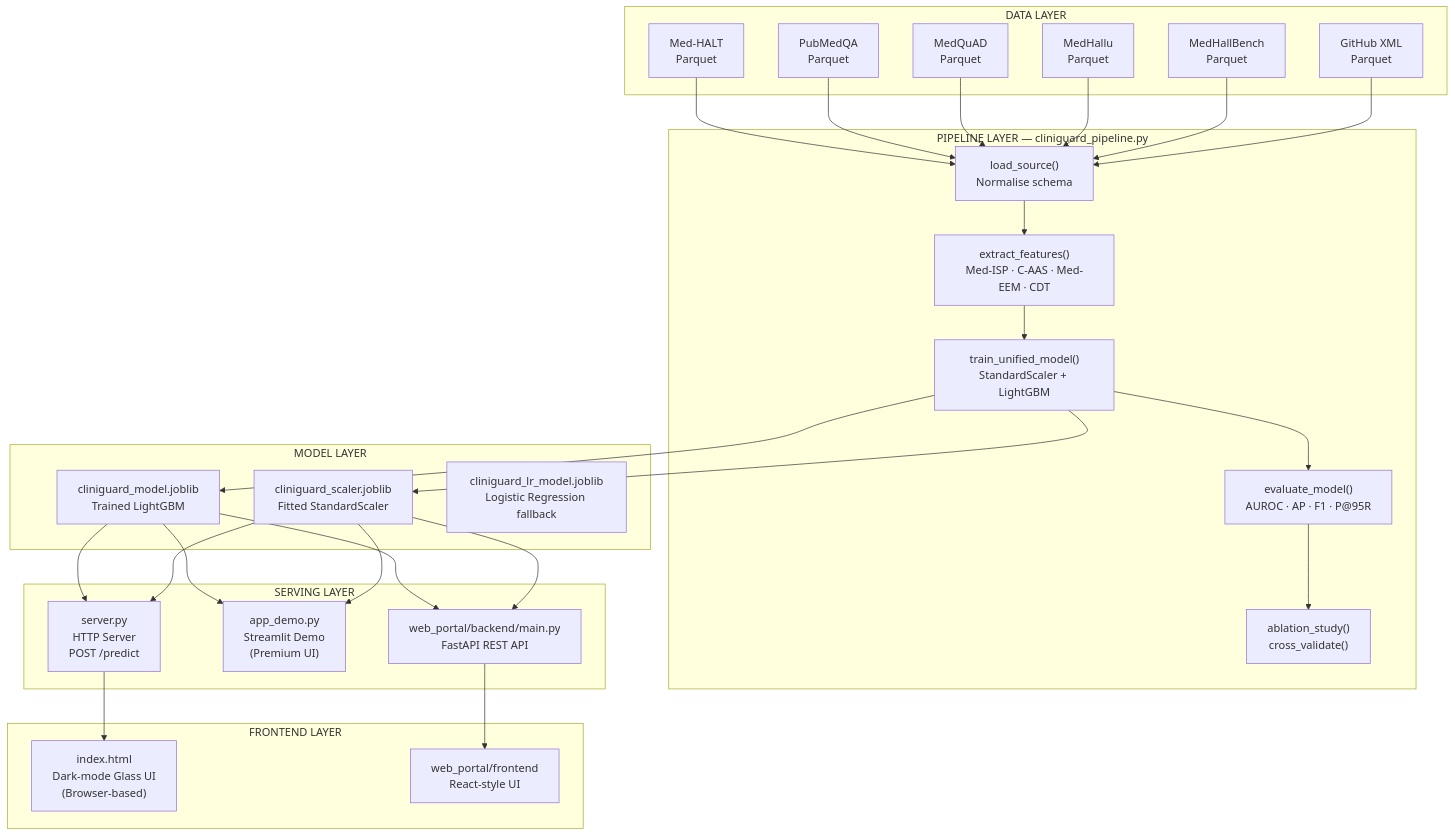
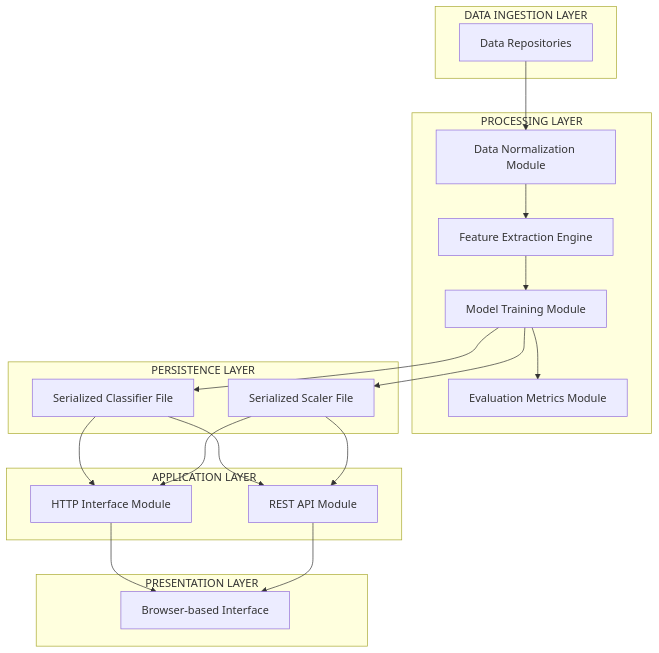
One commit to yogeshravi19/cliniguard changed diagram 13 of 19 in CLINIGUARD_Project_Documentation_Report.md. Above: the diagram before and after it, drawn with Mermaid. The commit also changed other lines of this file and 1 other file, not shown here.

````diff
--- a/CLINIGUARD_Project_Documentation_Report.md
+++ b/CLINIGUARD_Project_Documentation_Report.md
@@ -606,43 +574,33 @@
 ```mermaid
 flowchart TD
-    subgraph "DATA LAYER"
-        D1["Med-HALT\nParquet"]
-        D2["PubMedQA\nParquet"]
-        D3["MedQuAD\nParquet"]
-        D4["MedHallu\nParquet"]
-        D5["MedHallBench\nParquet"]
-        D6["GitHub XML\nParquet"]
+    subgraph "DATA INGESTION LAYER"
+        D1["Data Repositories"]
     end
 
-    subgraph "PIPELINE LAYER — cliniguard_pipeline.py"
-        P1["load_source()\nNormalise schema"]
-        P2["extract_features()\nMed-ISP · C-AAS · Med-EEM · CDT"]
-        P3["train_unified_model()\nStandardScaler + LightGBM"]
-        P4["evaluate_model()\nAUROC · AP · F1 · P@95R"]
-        P5["ablation_study()\ncross_validate()"]
+    subgraph "PROCESSING LAYER"
+        P1["Data Normalization Module"]
+        P2["Feature Extraction Engine"]
+        P3["Model Training Module"]
+        P4["Evaluation Metrics Module"]
     end
 
-    subgraph "MODEL LAYER"
-        M1["cliniguard_model.joblib\nTrained LightGBM"]
-        M2["cliniguard_scaler.joblib\nFitted StandardScaler"]
-        M3["cliniguard_lr_model.joblib\nLogistic Regression fallback"]
+    subgraph "PERSISTENCE LAYER"
+        M1["Serialized Classifier File"]
+        M2["Serialized Scaler File"]
     end
 
-    subgraph "SERVING LAYER"
-        SV1["server.py\nHTTP Server\nPOST /predict"]
-        SV2["app_demo.py\nStreamlit Demo\n(Premium UI)"]
-        SV3["web_portal/backend/main.py\nFastAPI REST API"]
+    subgraph "APPLICATION LAYER"
+        SV1["HTTP Interface Module"]
+        SV2["REST API Module"]
     end
 
-    subgraph "FRONTEND LAYER"
-        F1["index.html\nDark-mode Glass UI\n(Browser-based)"]
-        F2["web_portal/frontend\nReact-style UI"]
+    subgraph "PRESENTATION LAYER"
+        F1["Browser-based Interface"]
     end
 
-    D1 & D2 & D3 & D4 & D5 & D6 --> P1
-    P1 --> P2 --> P3 --> P4 --> P5
+    D1 --> P1
+    P1 --> P2 --> P3 --> P4
     P3 --> M1 & M2
-    M1 & M2 --> SV1 & SV2 & SV3
-    SV1 --> F1
-    SV3 --> F2
+    M1 & M2 --> SV1 & SV2
+    SV1 & SV2 --> F1
 ```
````
